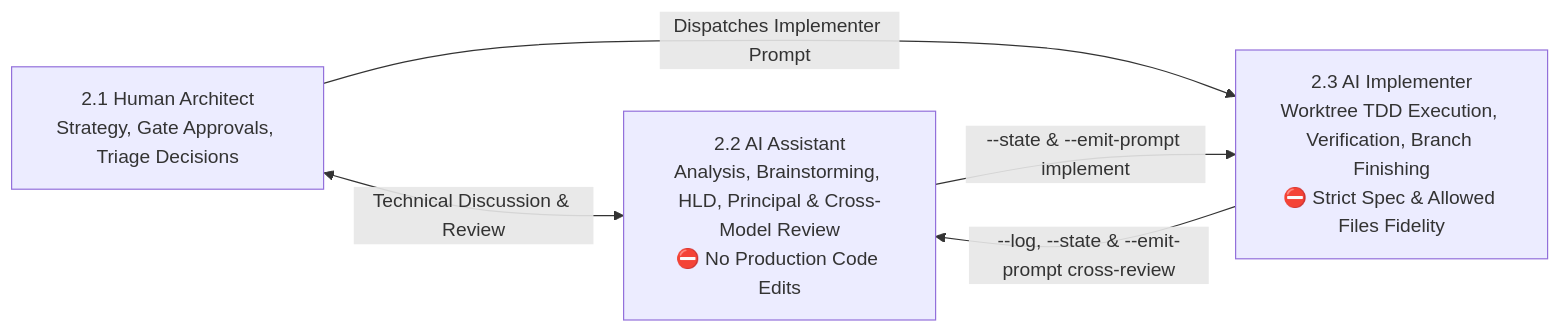
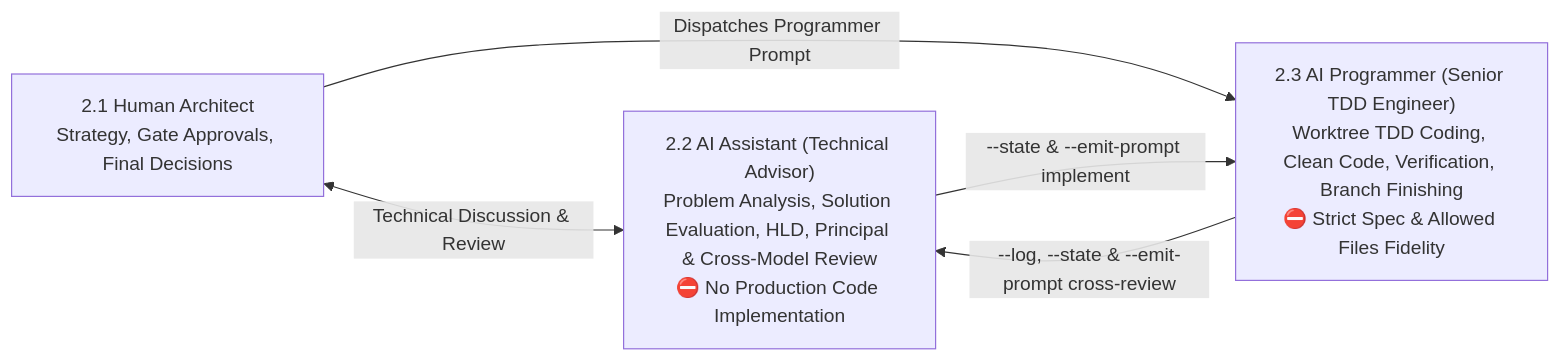
One commit to DanhDue/ai-agent-tools changed the second of 2 diagrams in docs/superpowers/specs/2026-10-30-context-memory-management-design.en.md. Above: the diagram before and after it, drawn with Mermaid. The commit also changed other lines of this file and 1 other file, not shown here.

First line of the commit message:
[CONTEXT_MEMORY_MANAGEMENT] Refine Role 2.3 persona to AI Programmer

````diff
--- a/docs/superpowers/specs/2026-10-30-context-memory-management-design.en.md
+++ b/docs/superpowers/specs/2026-10-30-context-memory-management-design.en.md
@@ -156,11 +157,11 @@
 ```mermaid
 flowchart LR
-    H["2.1 Human Architect<br/>Strategy, Gate Approvals, Triage Decisions"]
-    A["2.2 AI Assistant<br/>Analysis, Brainstorming, HLD, Principal &amp; Cross-Model Review<br/>⛔ No Production Code Edits"]
-    I["2.3 AI Implementer<br/>Worktree TDD Execution, Verification, Branch Finishing<br/>⛔ Strict Spec &amp; Allowed Files Fidelity"]
+    H["2.1 Human Architect<br/>Strategy, Gate Approvals, Final Decisions"]
+    A["2.2 AI Assistant (Technical Advisor)<br/>Problem Analysis, Solution Evaluation, HLD, Principal &amp; Cross-Model Review<br/>⛔ No Production Code Implementation"]
+    P["2.3 AI Programmer (Senior TDD Engineer)<br/>Worktree TDD Coding, Clean Code, Verification, Branch Finishing<br/>⛔ Strict Spec &amp; Allowed Files Fidelity"]
 
     H <-->|"Technical Discussion &amp; Review"| A
-    H -->|"Dispatches Implementer Prompt"| I
-    A -->|"--state &amp; --emit-prompt implement"| I
-    I -->|"--log, --state &amp; --emit-prompt cross-review"| A
+    H -->|"Dispatches Programmer Prompt"| P
+    A -->|"--state &amp; --emit-prompt implement"| P
+    P -->|"--log, --state &amp; --emit-prompt cross-review"| A
 ```
````
